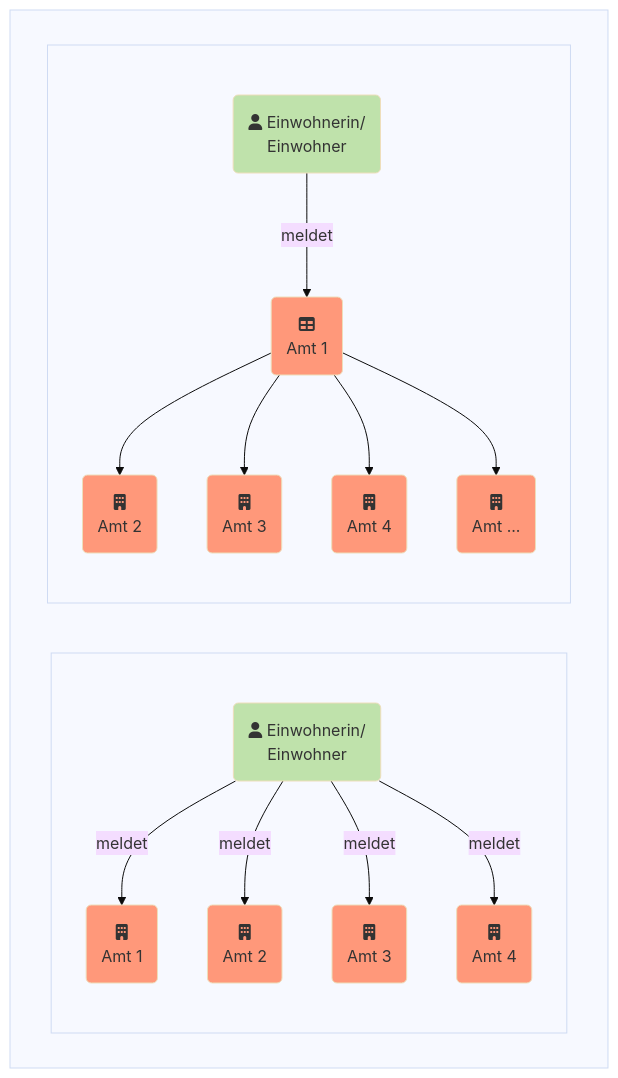
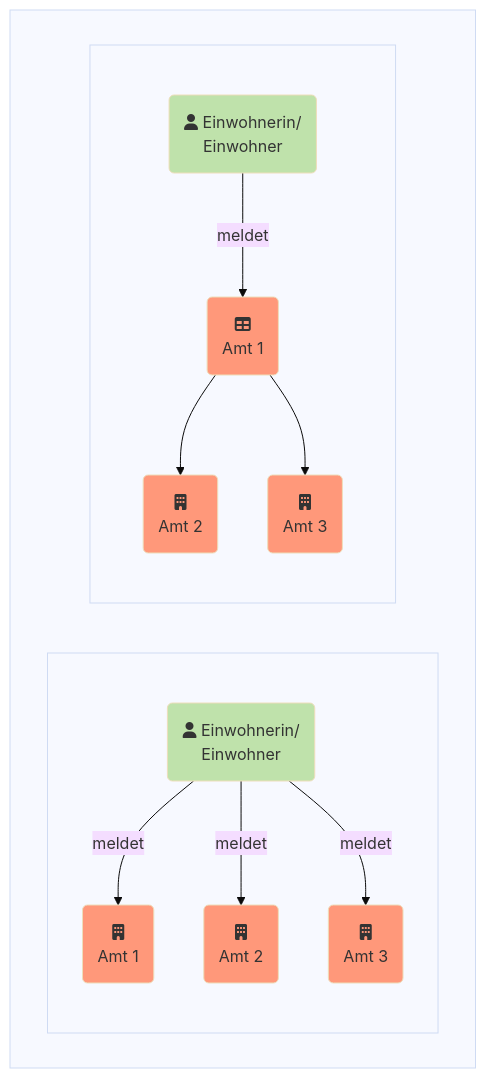
One commit to I14Y-ch/handbook changed the diagram in content/de/_index.md. Above: the diagram before and after it, drawn with Mermaid (base theme). The commit also changed other lines of this file and 17 other files, not shown here.

````diff
--- a/content/de/_index.md
+++ b/content/de/_index.md
@@ -23,34 +25,28 @@
 ```mermaid
 flowchart TD
     subgraph titel[" "]
         
     subgraph aktuell1[ ]
             B(fa:fa-user Einwohnerin/ \nEinwohner)
             B-->|meldet|C(fa:fa-building \nAmt 1)
             B-->|meldet|D(fa:fa-building \nAmt 2)
             B-->|meldet|E(fa:fa-building \nAmt 3)
-            B-->|meldet|F(fa:fa-building \nAmt 4)
         end
     
         subgraph ziel1[ ]
             BB(fa:fa-user Einwohnerin/ \nEinwohner)
             BB-->|meldet|CC(fa:fa-table \nAmt 1)
             CC-->DD(fa:fa-building \nAmt 2)
             CC-->EE(fa:fa-building \nAmt 3)
-            CC-->FF(fa:fa-building \nAmt 4)
-            CC-->GG(fa:fa-building \nAmt ...)
         end
     end
     
     style B fill: #Bfe2ab
     style BB fill: #Bfe2ab
     style C fill: #Ff987a
     style CC fill: #Ff987a
     style D fill: #Ff987a
     style DD fill: #Ff987a
     style E fill: #Ff987a
     style EE fill: #Ff987a
-    style F fill: #Ff987a
-    style FF fill: #Ff987a
-    style GG fill: #Ff987a
 ```
````
